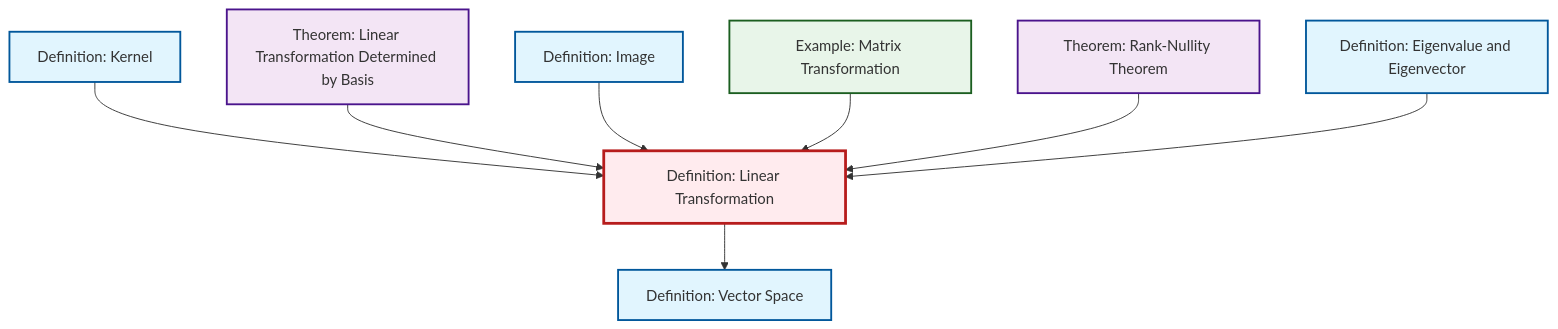
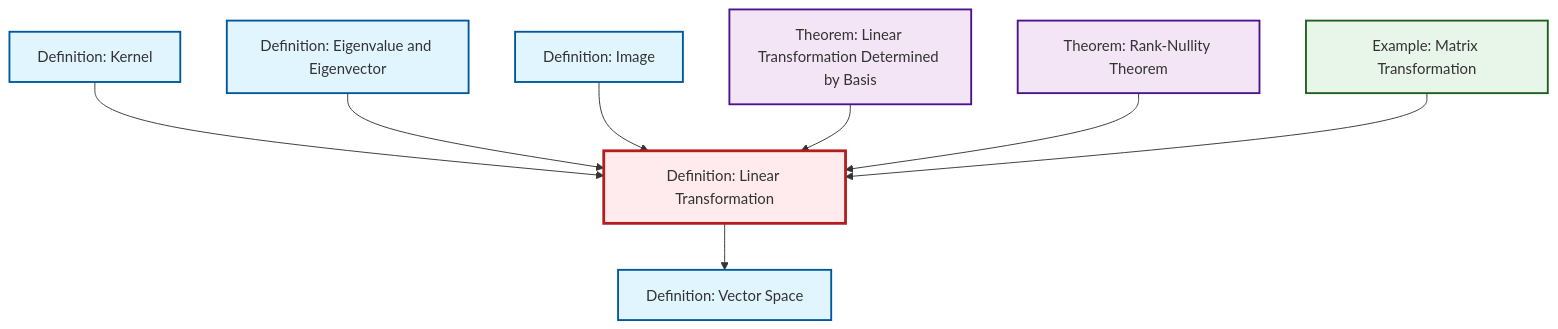
The diagram in content/en/algebra/def-linear-transformation.qmd (RK0429/ModernMath), drawn with Mermaid before and after one commit. The commit also changed other lines of this file and 491 other files, not shown here.

````diff
--- a/content/en/algebra/def-linear-transformation.qmd
+++ b/content/en/algebra/def-linear-transformation.qmd
@@ -45,32 +45,32 @@
 ```{mermaid}
 %%| fig-cap: "Local dependency graph"
 graph TD
     classDef definition fill:#e1f5fe,stroke:#01579b,stroke-width:2px
     classDef theorem fill:#f3e5f5,stroke:#4a148c,stroke-width:2px
     classDef axiom fill:#fff3e0,stroke:#e65100,stroke-width:2px
     classDef example fill:#e8f5e9,stroke:#1b5e20,stroke-width:2px
     classDef current fill:#ffebee,stroke:#b71c1c,stroke-width:3px
+    def-eigenvalue-eigenvector["Definition: Eigenvalue and Eigenvector"]:::definition
+    def-kernel["Definition: Kernel"]:::definition
     def-linear-transformation["Definition: Linear Transformation"]:::definition
+    def-vector-space["Definition: Vector Space"]:::definition
+    thm-rank-nullity["Theorem: Rank-Nullity Theorem"]:::theorem
+    thm-linear-transformation-basis["Theorem: Linear Transformation Determined by Basis"]:::theorem
     def-image["Definition: Image"]:::definition
-    def-kernel["Definition: Kernel"]:::definition
-    thm-linear-transformation-basis["Theorem: Linear Transformation Determined by Basis"]:::theorem
     ex-matrix-transformation["Example: Matrix Transformation"]:::example
-    thm-rank-nullity["Theorem: Rank-Nullity Theorem"]:::theorem
-    def-eigenvalue-eigenvector["Definition: Eigenvalue and Eigenvector"]:::definition
-    def-vector-space["Definition: Vector Space"]:::definition
+    def-kernel --> def-linear-transformation
+    def-eigenvalue-eigenvector --> def-linear-transformation
+    def-image --> def-linear-transformation
+    thm-linear-transformation-basis --> def-linear-transformation
+    thm-rank-nullity --> def-linear-transformation
+    ex-matrix-transformation --> def-linear-transformation
     def-linear-transformation --> def-vector-space
-    def-kernel --> def-linear-transformation
-    thm-linear-transformation-basis --> def-linear-transformation
-    def-image --> def-linear-transformation
-    ex-matrix-transformation --> def-linear-transformation
-    thm-rank-nullity --> def-linear-transformation
-    def-eigenvalue-eigenvector --> def-linear-transformation
     class def-linear-transformation current
+    click def-eigenvalue-eigenvector "def-eigenvalue-eigenvector.html" "Go to Eigenvalue and Eigenvector definition"
+    click def-kernel "def-kernel.html" "Go to Kernel definition"
+    click def-vector-space "def-vector-space.html" "Go to Vector Space definition"
+    click thm-rank-nullity "thm-rank-nullity.html" "Go to Rank-Nullity Theorem theorem"
+    click thm-linear-transformation-basis "thm-linear-transformation-basis.html" "Go to Linear Transformation Determined by Basis theorem"
     click def-image "def-image.html" "Go to Image definition"
-    click def-kernel "def-kernel.html" "Go to Kernel definition"
-    click thm-linear-transformation-basis "thm-linear-transformation-basis.html" "Go to Linear Transformation Determined by Basis theorem"
     click ex-matrix-transformation "ex-matrix-transformation.html" "Go to Matrix Transformation example"
-    click thm-rank-nullity "thm-rank-nullity.html" "Go to Rank-Nullity Theorem theorem"
-    click def-eigenvalue-eigenvector "def-eigenvalue-eigenvector.html" "Go to Eigenvalue and Eigenvector definition"
-    click def-vector-space "def-vector-space.html" "Go to Vector Space definition"
 ```
````
